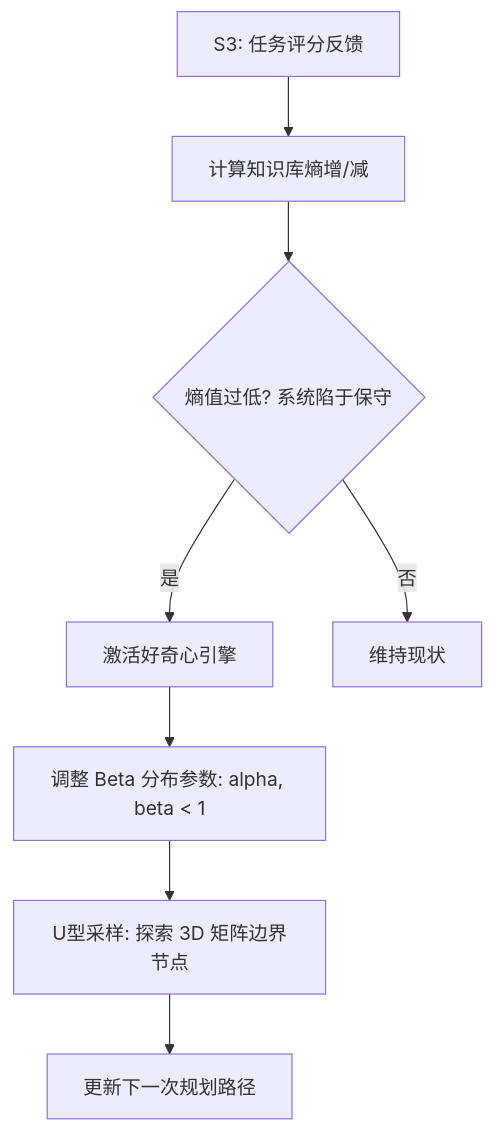
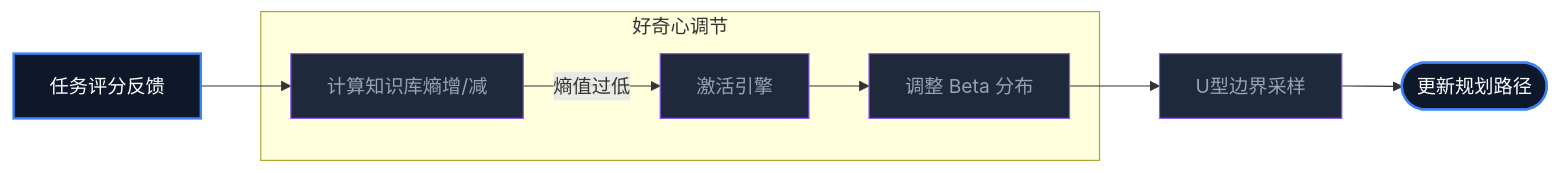
One commit to QQDDTT/Dark-Lattice changed the diagram in content/posts/aura-project/aura-curiosity-algorithm/index.md. Above: the diagram before and after it, drawn with Mermaid. The commit also changed 29 other files, not shown here.

Commit message:
feat: add Mermaid diagram rendering and featured image support to blog cards with updated UI styles

````diff
--- a/content/posts/aura-project/aura-curiosity-algorithm/index.md
+++ b/content/posts/aura-project/aura-curiosity-algorithm/index.md
@@ -31,10 +31,18 @@
 ```mermaid
-graph TD
-    S3[S3: 任务评分反馈] --> Entropy[计算知识库熵增/减]
-    Entropy --> Status{熵值过低? 系统陷于保守}
-    Status -->|是| Active[激活好奇心引擎]
-    Status -->|否| Normal[维持现状]
-    Active --> Beta[调整 Beta 分布参数: alpha, beta < 1]
-    Beta --> Sample[U型采样: 探索 3D 矩阵边界节点]
-    Sample --> Meta[更新下一次规划路径]
+graph LR
+    classDef main fill:#0F172A,stroke:#3B82F6,stroke-width:2px,color:#fff;
+    classDef process fill:#1E293B,stroke:#8B5CF6,stroke-width:1px,color:#94A3B8;
+
+    Feedback[任务评分反馈] --> Entropy[计算知识库熵增/减]
+    
+    subgraph Regulation [好奇心调节]
+        Entropy -- 熵值过低 --> Active[激活引擎]
+        Active --> Beta[调整 Beta 分布]
+    end
+
+    Beta --> Sample[U型边界采样]
+    Sample --> Meta([更新规划路径])
+
+    class Feedback,Meta main;
+    class Entropy,Active,Beta,Sample process;
 ```
````
